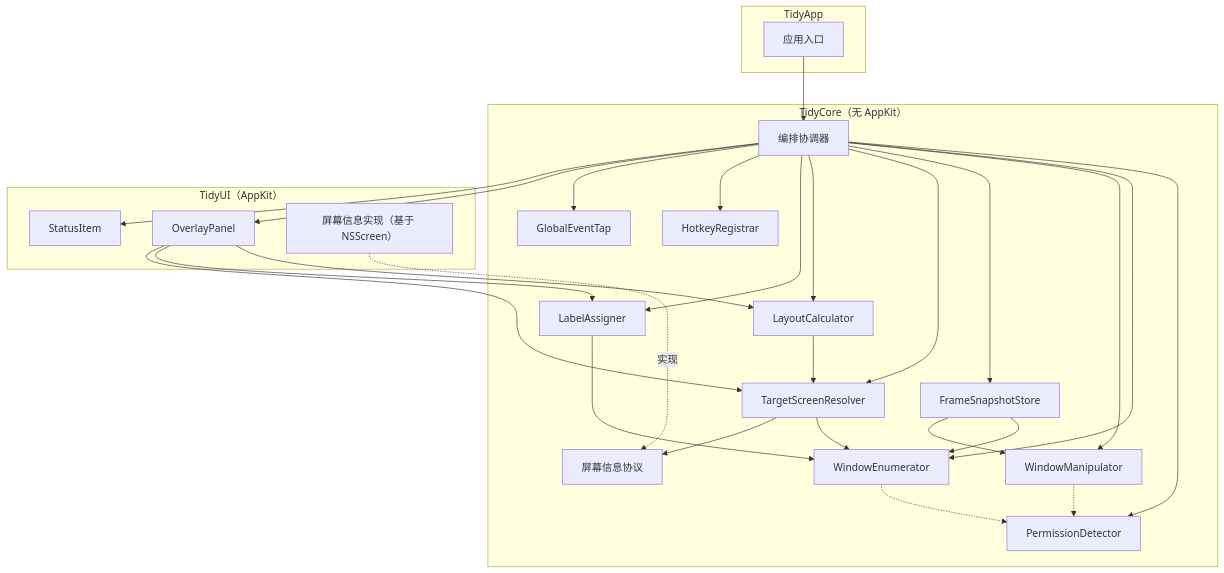
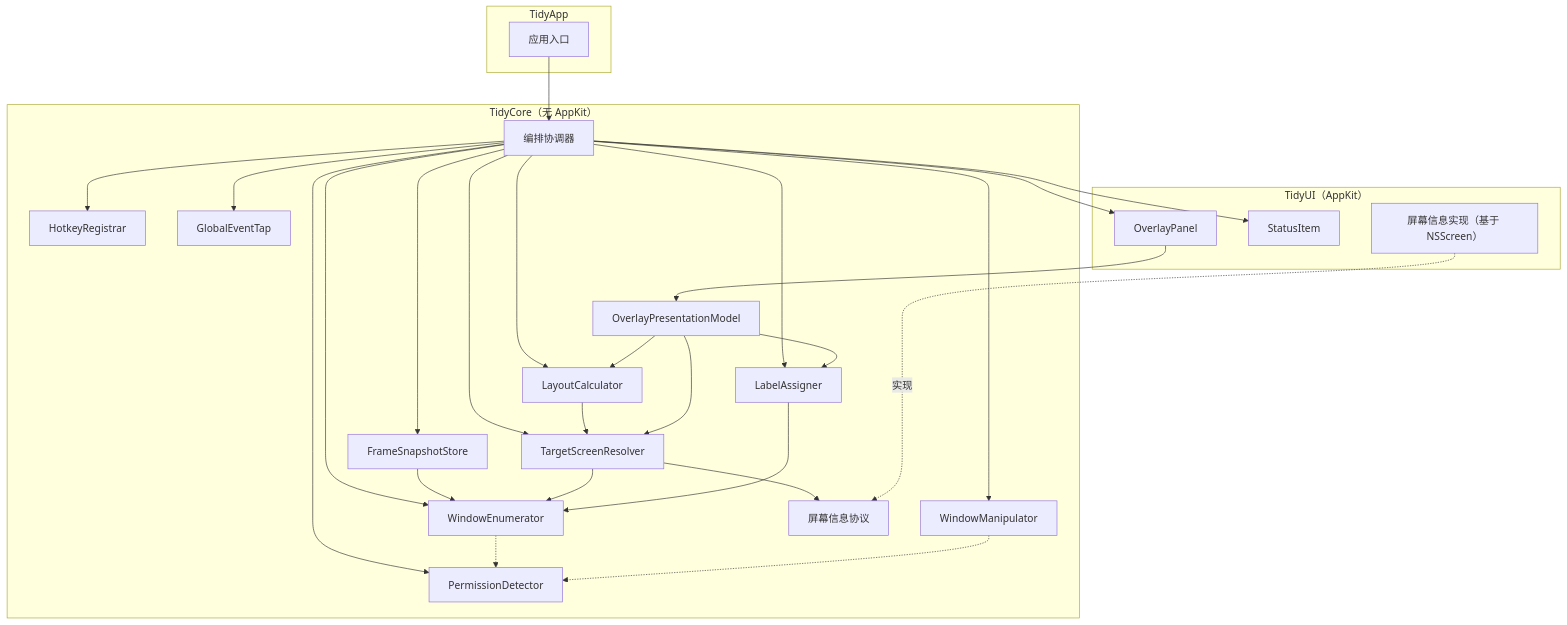
The first of 3 diagrams in docs/phases/P0_技术探针/P0_02_设计文档.md (marcocpt/Tidy), drawn with Mermaid before and after one commit. The commit also changed other lines of this file and 6 other files, not shown here.

````diff
--- a/docs/phases/P0_技术探针/P0_02_设计文档.md
+++ b/docs/phases/P0_技术探针/P0_02_设计文档.md
@@ -127,51 +141,52 @@
 ```mermaid
 graph TD
     subgraph "TidyCore（无 AppKit）"
         PD["PermissionDetector"]
         WE["WindowEnumerator"]
         WM["WindowManipulator"]
         FSS["FrameSnapshotStore"]
         TSR["TargetScreenResolver"]
         LC["LayoutCalculator"]
         LA["LabelAssigner"]
         HR["HotkeyRegistrar"]
         GET["GlobalEventTap"]
         SIP["屏幕信息协议"]
         COORD["编排协调器"]
+        OPM["OverlayPresentationModel"]
     end
     subgraph "TidyUI（AppKit）"
         OP["OverlayPanel"]
         SI["StatusItem"]
         SIS["屏幕信息实现（基于 NSScreen）"]
     end
     subgraph "TidyApp"
         ENTRY["应用入口"]
     end
 
     COORD --> PD
     COORD --> WE
     COORD --> WM
     COORD --> FSS
     COORD --> TSR
     COORD --> LC
     COORD --> LA
     COORD --> HR
     COORD --> GET
     COORD --> OP
     COORD --> SI
 
     WE -.-> PD
     WM -.-> PD
     FSS --> WE
-    FSS --> WM
     TSR --> WE
     TSR --> SIP
     LC --> TSR
     LA --> WE
-    OP --> LC
-    OP --> LA
-    OP --> TSR
+    OPM --> LC
+    OPM --> LA
+    OPM --> TSR
+    OP --> OPM
 
     SIS -.实现.-> SIP
     ENTRY --> COORD
 ```
````
